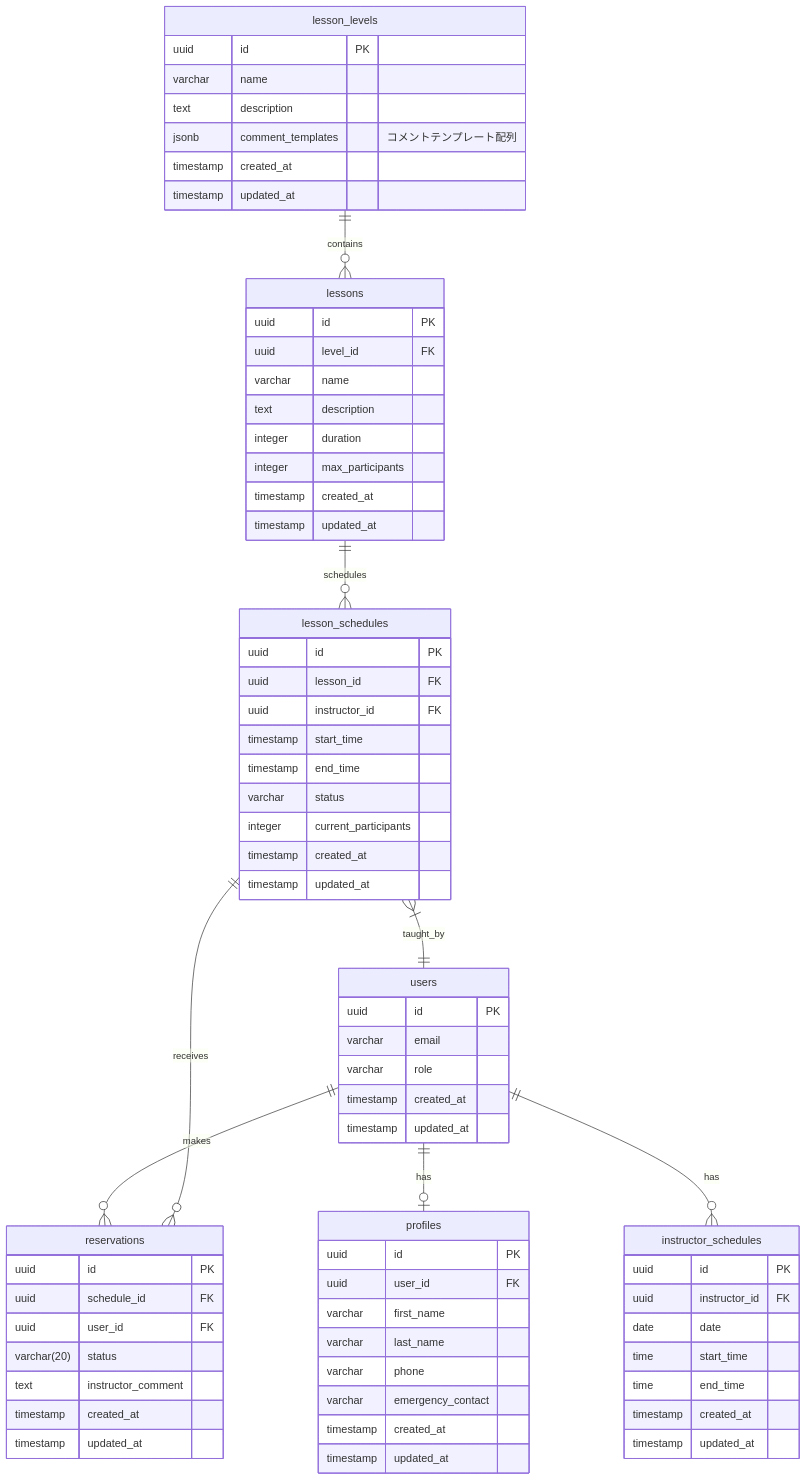
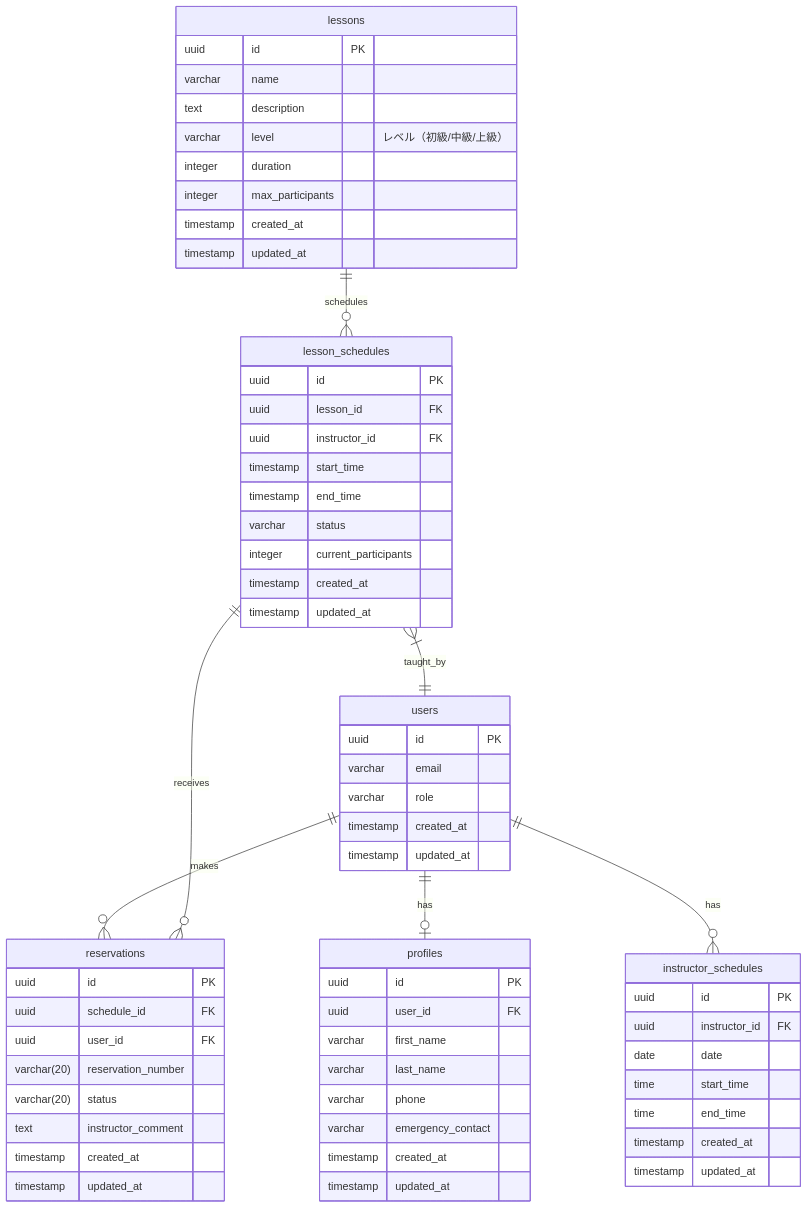
The diagram in 04-DB設計.md (kater-iam/ski-school-management-2), drawn with Mermaid before and after one commit. The commit also changed other lines of this file and 3 other files, not shown here.

Commit message:
remove lesson_levels table and add level column to lessons table

```diff
--- a/04-DB設計.md
+++ b/04-DB設計.md
@@ -7,8 +7,6 @@
     users ||--o| profiles : has
     users ||--o{ reservations : makes
     users ||--o{ instructor_schedules : has
-    
-    lesson_levels ||--o{ lessons : contains
     
     lessons ||--o{ lesson_schedules : schedules
     
@@ -34,20 +32,11 @@
         timestamp updated_at
     }
     
-    lesson_levels {
+    lessons {
         uuid id PK
         varchar name
         text description
-        jsonb comment_templates "コメントテンプレート配列"
-        timestamp created_at
-        timestamp updated_at
-    }
-    
-    lessons {
-        uuid id PK
-        uuid level_id FK
-        varchar name
-        text description
+        varchar level "レベル（初級/中級/上級）"
         integer duration
         integer max_participants
         timestamp created_at
@@ -70,6 +59,7 @@
         uuid id PK
         uuid schedule_id FK
         uuid user_id FK
+        varchar(20) reservation_number
         varchar(20) status
         text instructor_comment
         timestamp created_at
```
